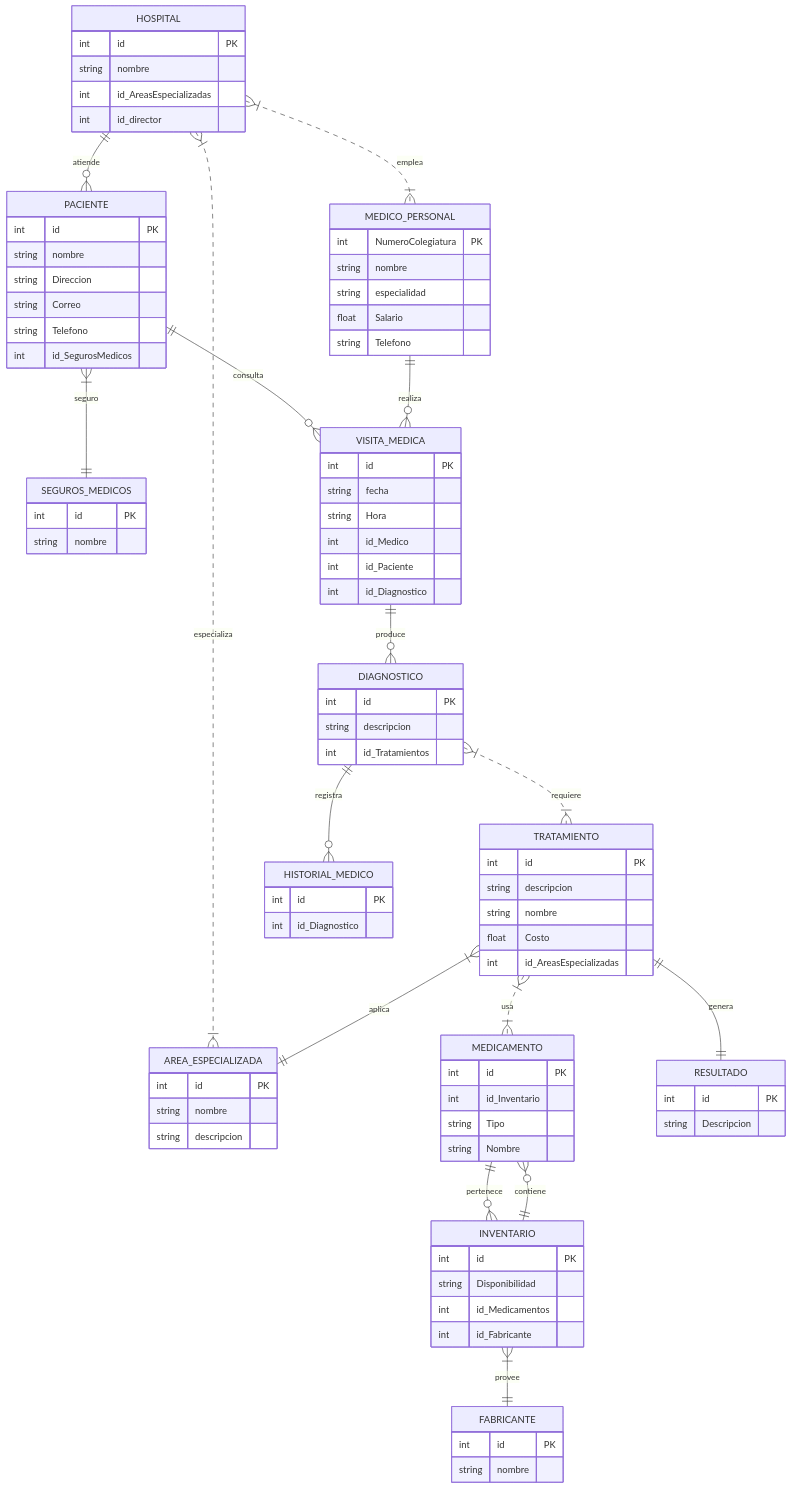
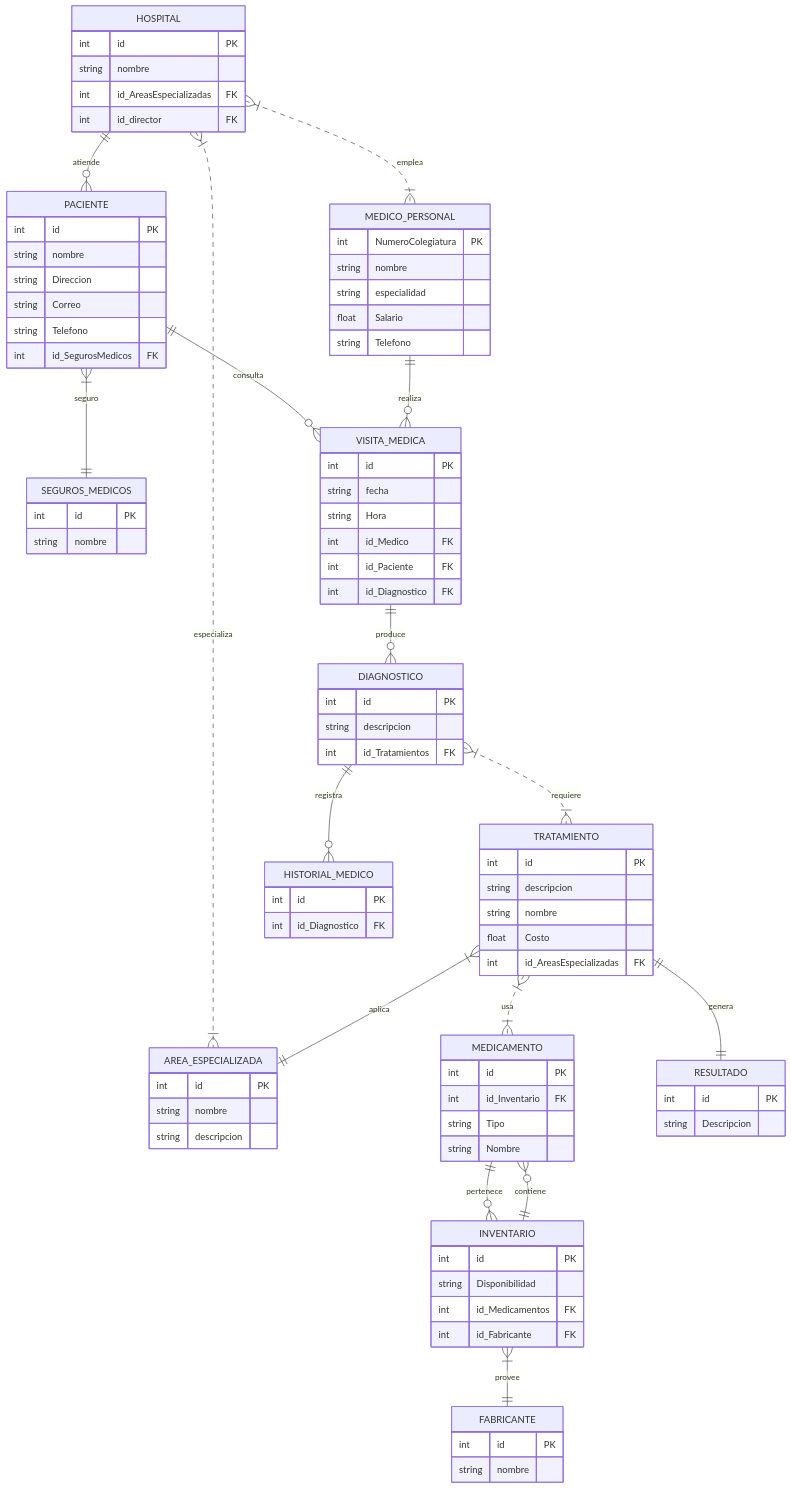
Before and after one commit to Maria-Juliana-Saavedra-Mejia/Proyecto_MongoDB_S1_SaavedraMaria_SantoyoJuan: the second of 2 diagrams in README.md, drawn with Mermaid.

Commit message:
Feat :sparkles: update in diagram

```diff
--- a/README.md
+++ b/README.md
@@ -598,8 +598,8 @@
     HOSPITAL {
         int id PK
         string nombre
-        int id_AreasEspecializadas
-        int id_director
+        int id_AreasEspecializadas FK
+        int id_director FK
     }
     AREA_ESPECIALIZADA {
         int id PK
@@ -619,7 +619,7 @@
         string Direccion
         string Correo
         string Telefono
-        int id_SegurosMedicos
+        int id_SegurosMedicos FK
     }
     SEGUROS_MEDICOS {
         int id PK
@@ -628,34 +628,34 @@
     VISITA_MEDICA {
         int id PK
         string fecha
-        string Hora
-        int id_Medico
-        int id_Paciente
-        int id_Diagnostico
+        string Hora 
+        int id_Medico FK
+        int id_Paciente FK
+        int id_Diagnostico FK
     }
     DIAGNOSTICO {
         int id PK
         string descripcion
-        int id_Tratamientos
+        int id_Tratamientos FK
     }
     TRATAMIENTO {
         int id PK
         string descripcion
         string nombre
         float Costo
-        int id_AreasEspecializadas
+        int id_AreasEspecializadas FK
     }
     MEDICAMENTO {
         int id PK
-        int id_Inventario
+        int id_Inventario FK
         string Tipo
         string Nombre
     }
     INVENTARIO {
         int id PK
         string Disponibilidad
-        int id_Medicamentos
-        int id_Fabricante
+        int id_Medicamentos FK
+        int id_Fabricante FK
     }
     FABRICANTE {
         int id PK
@@ -667,7 +667,7 @@
     }
     HISTORIAL_MEDICO {
         int id PK
-        int id_Diagnostico
+        int id_Diagnostico FK
     }
 
     HOSPITAL }|..|{ MEDICO_PERSONAL : emplea
```
